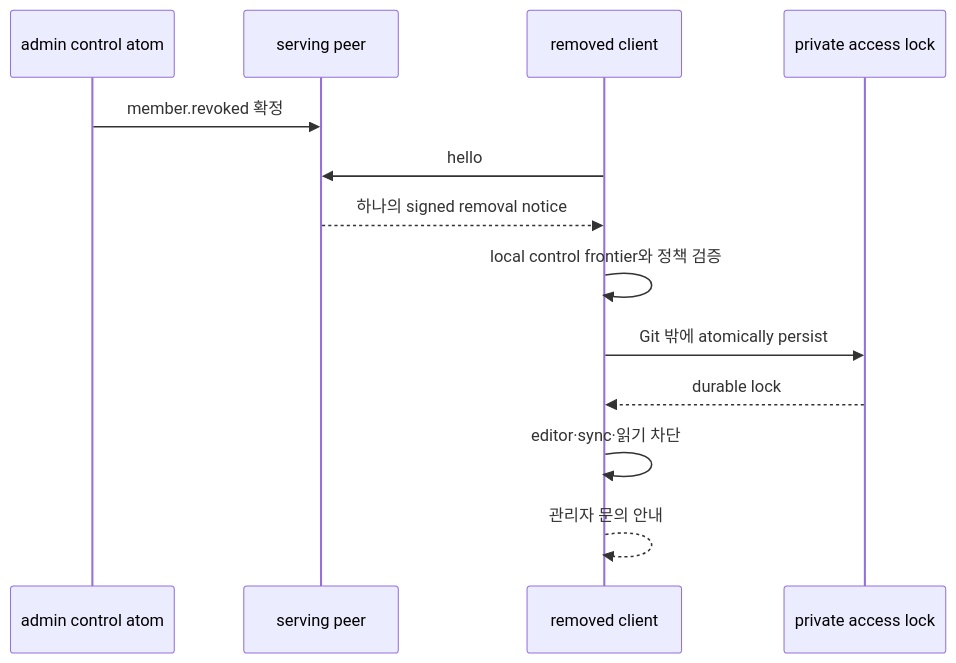
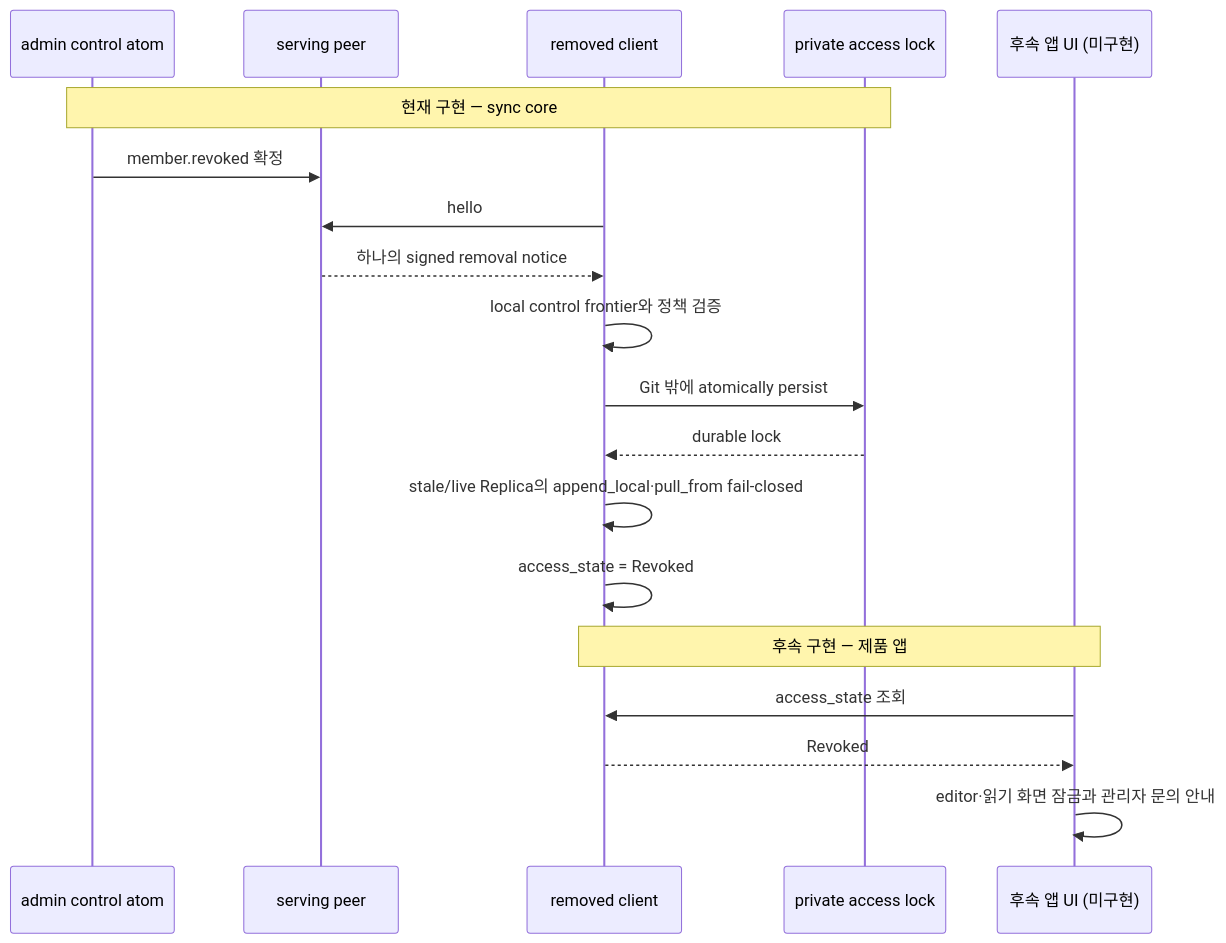
The eighth of 10 diagrams in docs/yonalist-sync-design/design.md (doortts/yonalist), drawn with Mermaid before and after one commit. The commit also changed other lines of this file and 3 other files, not shown here.

````diff
--- a/docs/yonalist-sync-design/design.md
+++ b/docs/yonalist-sync-design/design.md
@@ -224,15 +243,21 @@
 ```mermaid
 sequenceDiagram
   participant A as admin control atom
   participant P as serving peer
   participant C as removed client
   participant L as private access lock
+  participant U as 후속 앱 UI (미구현)
+  Note over A,L: 현재 구현 — sync core
   A->>P: member.revoked 확정
   C->>P: hello
   P-->>C: 하나의 signed removal notice
   C->>C: local control frontier와 정책 검증
   C->>L: Git 밖에 atomically persist
   L-->>C: durable lock
-  C->>C: editor·sync·읽기 차단
-  C-->>C: 관리자 문의 안내
+  C->>C: stale/live Replica의 append_local·pull_from fail-closed
+  C->>C: access_state = Revoked
+  Note over C,U: 후속 구현 — 제품 앱
+  U->>C: access_state 조회
+  C-->>U: Revoked
+  U->>U: editor·읽기 화면 잠금과 관리자 문의 안내
 ```
````
